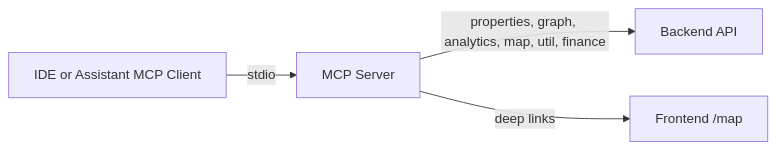
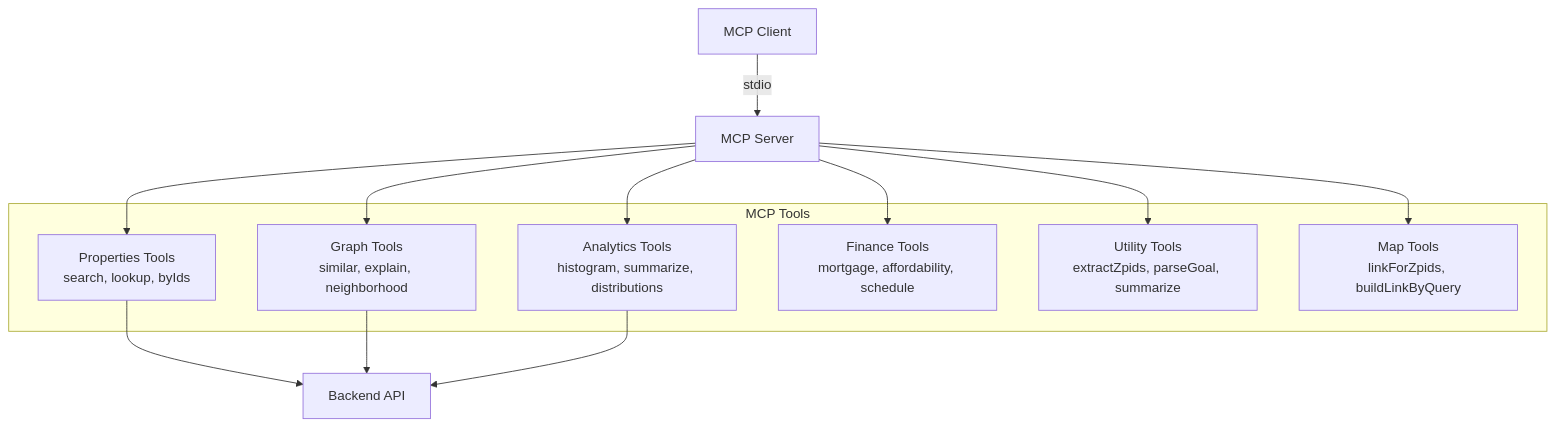
The tenth of 27 diagrams in ARCHITECTURE.md (joonseolee/EstateWise-Chapel-Hill-Chatbot), drawn with Mermaid before and after one commit. The commit also changed other lines of this file and 2 other files, not shown here.

````diff
--- a/ARCHITECTURE.md
+++ b/ARCHITECTURE.md
@@ -166,6 +376,23 @@
 ```mermaid
-flowchart LR
-  Client[IDE or Assistant MCP Client] -- stdio --> MCP[MCP Server]
-  MCP -->|properties, graph, analytics, map, util, finance| API[Backend API]
-  MCP -->|deep links| FE[Frontend /map]
+flowchart TB
+  subgraph "MCP Tools"
+    Props[Properties Tools<br/>search, lookup, byIds]
+    Graph[Graph Tools<br/>similar, explain, neighborhood]
+    Analytics[Analytics Tools<br/>histogram, summarize, distributions]
+    Finance[Finance Tools<br/>mortgage, affordability, schedule]
+    Utils[Utility Tools<br/>extractZpids, parseGoal, summarize]
+    Map[Map Tools<br/>linkForZpids, buildLinkByQuery]
+  end
+
+  Client[MCP Client] -->|stdio| Server[MCP Server]
+  Server --> Props
+  Server --> Graph
+  Server --> Analytics
+  Server --> Finance
+  Server --> Utils
+  Server --> Map
+
+  Props --> API[Backend API]
+  Graph --> API
+  Analytics --> API
 ```
````
